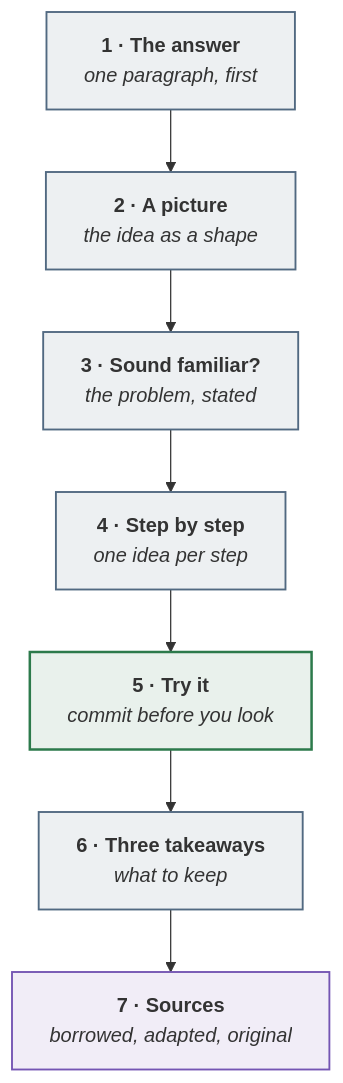
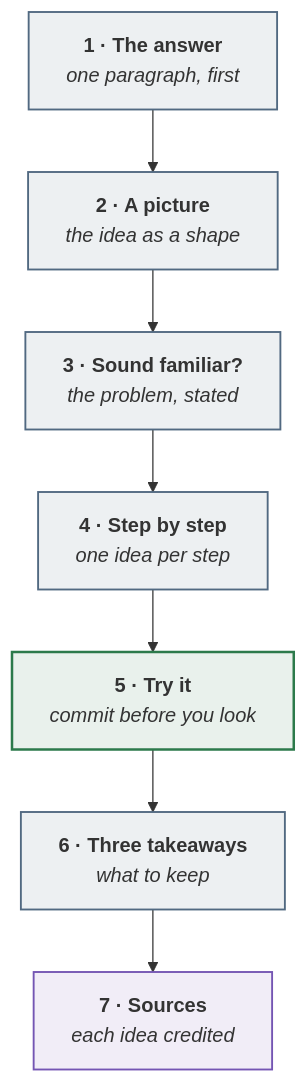
The diagram in site/content/learn/lessons/how-this-tutorial-works.md (akash-coded/aws-bedrock-agentcore-strands), drawn with Mermaid before and after one commit. The commit also changed 82 other files, not shown here.

````diff
--- a/site/content/learn/lessons/how-this-tutorial-works.md
+++ b/site/content/learn/lessons/how-this-tutorial-works.md
@@ -18,18 +18,18 @@
 ```mermaid
 flowchart TB
   A["<b>1 · The answer</b><br/><i>one paragraph, first</i>"]
   B["<b>2 · A picture</b><br/><i>the idea as a shape</i>"]
   C["<b>3 · Sound familiar?</b><br/><i>the problem, stated</i>"]
   D["<b>4 · Step by step</b><br/><i>one idea per step</i>"]
   E["<b>5 · Try it</b><br/><i>commit before you look</i>"]
   F["<b>6 · Three takeaways</b><br/><i>what to keep</i>"]
-  G["<b>7 · Sources</b><br/><i>borrowed, adapted, original</i>"]
+  G["<b>7 · Sources</b><br/><i>each idea credited</i>"]
   A --> B --> C --> D --> E --> F --> G
 
   classDef read fill:#5169811A,stroke:#516981,stroke-width:1.5px
   classDef try fill:#2C7A4B1A,stroke:#2C7A4B,stroke-width:2px
   classDef credit fill:#7455B31A,stroke:#7455B3,stroke-width:1.5px
   class A,B,C,D,F read
   class E try
   class G credit
 ```
````
